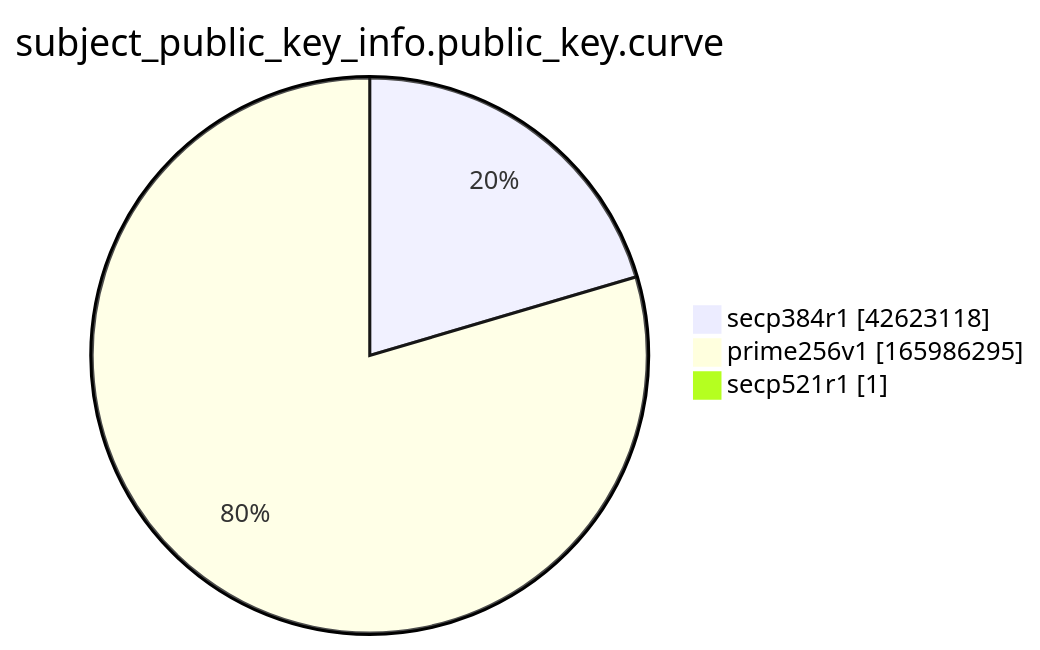
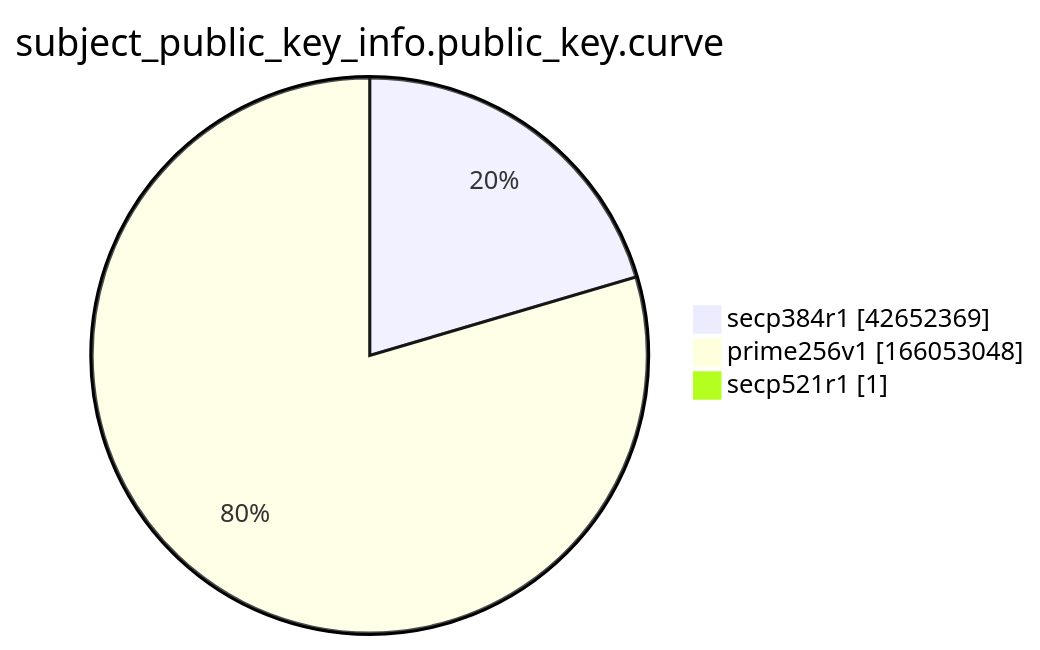
One commit to christiankrug/ctmonitor_visualization changed the ninth of 15 diagrams in xenon2022/README.md. Above: the diagram before and after it, drawn with Mermaid. The commit also changed other lines of this file, not shown here.

````diff
--- a/xenon2022/README.md
+++ b/xenon2022/README.md
@@ -2869,7 +2869,7 @@
 ```mermaid
 pie showData
 title subject_public_key_info.public_key.curve
-"secp384r1" :42623118
-"prime256v1" :165986295
+"secp384r1" :42652369
+"prime256v1" :166053048
 "secp521r1" :1
 ```
````
